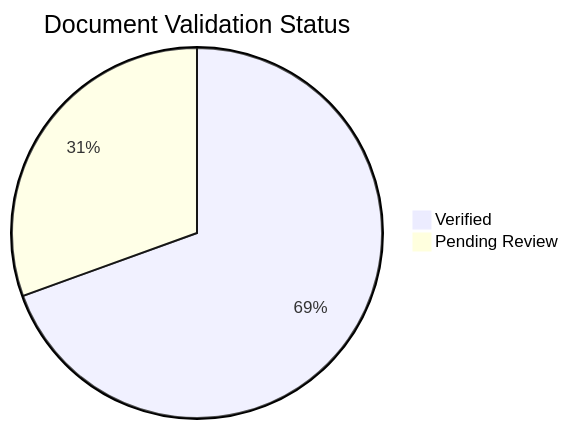
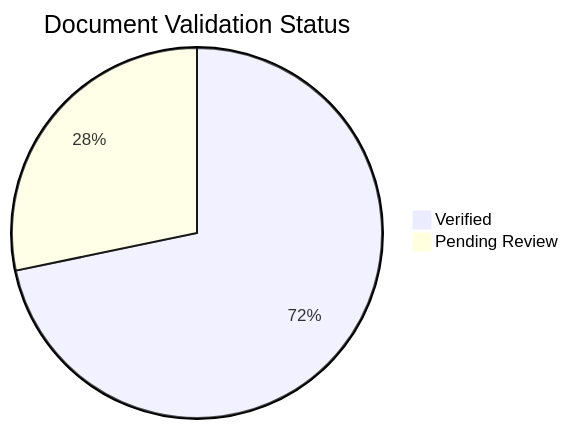
The diagram in docs/reference/content-validation-status.md (yeongseon/azure-container-apps-practical-guide), drawn with Mermaid before and after one commit. The commit also changed other lines of this file and 22 other files, not shown here.

````diff
--- a/docs/reference/content-validation-status.md
+++ b/docs/reference/content-validation-status.md
@@ -36,5 +36,5 @@
 ```mermaid
 pie title Document Validation Status
-    "Verified" : 148
+    "Verified" : 165
     "Pending Review" : 65
 ```
````
